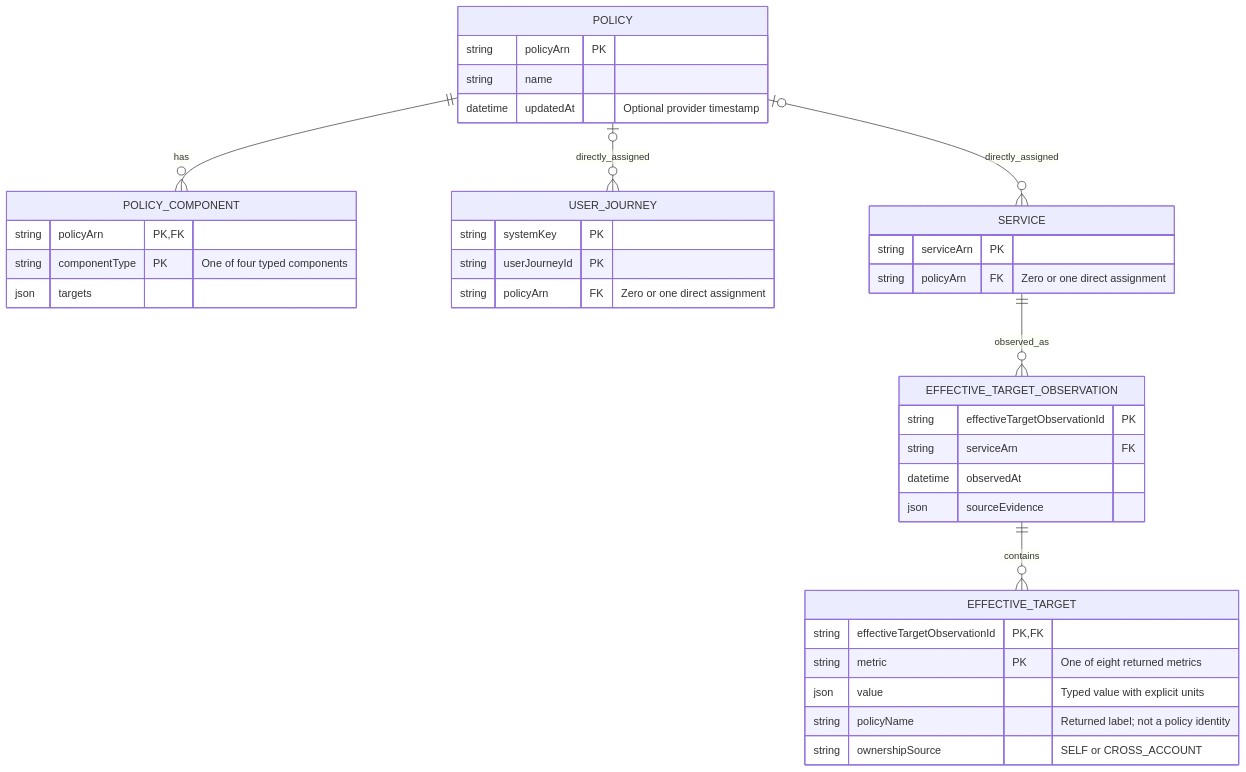
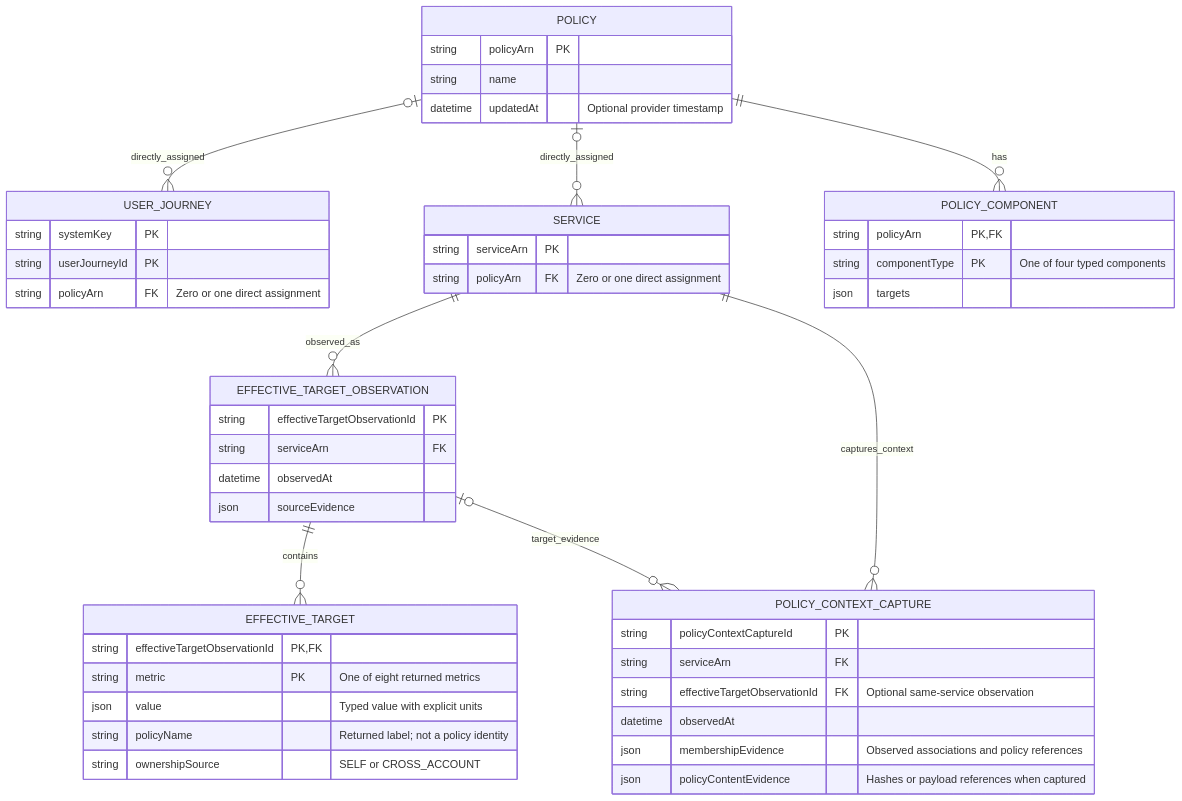
The diagram in aws/resilience-hub/analysis/diagrams/02-policy-context.md (lyrel-dev/frontier-agents), drawn with Mermaid before and after one commit. The commit also changed other lines of this file and 77 other files, not shown here.

````diff
--- a/aws/resilience-hub/analysis/diagrams/02-policy-context.md
+++ b/aws/resilience-hub/analysis/diagrams/02-policy-context.md
@@ -30,45 +31,55 @@
 ```mermaid
 %% Reviewed 2026-11-05. Official sources: report S08, S10-S13.
 %% A service can also inherit journey policies through the memberships in Figure 1.
 %% ownershipSource is SELF or CROSS_ACCOUNT; it does not encode inheritance.
 %% No provider-evaluated policy revision is asserted by these observations.
 erDiagram
     direction TB
     POLICY {
         string policyArn PK
         string name
         datetime updatedAt "Optional provider timestamp"
     }
     POLICY_COMPONENT {
         string policyArn PK, FK
         string componentType PK "One of four typed components"
         json targets
     }
     USER_JOURNEY {
         string systemKey PK
         string userJourneyId PK
         string policyArn FK "Zero or one direct assignment"
     }
     SERVICE {
         string serviceArn PK
         string policyArn FK "Zero or one direct assignment"
     }
     EFFECTIVE_TARGET_OBSERVATION {
         string effectiveTargetObservationId PK
         string serviceArn FK
         datetime observedAt
         json sourceEvidence
     }
     EFFECTIVE_TARGET {
         string effectiveTargetObservationId PK, FK
         string metric PK "One of eight returned metrics"
         json value "Typed value with explicit units"
         string policyName "Returned label; not a policy identity"
         string ownershipSource "SELF or CROSS_ACCOUNT"
     }
+    POLICY_CONTEXT_CAPTURE {
+        string policyContextCaptureId PK
+        string serviceArn FK
+        string effectiveTargetObservationId FK "Optional same-service observation"
+        datetime observedAt
+        json membershipEvidence "Observed associations and policy references"
+        json policyContentEvidence "Hashes or payload references when captured"
+    }
     POLICY o|--o{ USER_JOURNEY : directly_assigned
     POLICY o|--o{ SERVICE : directly_assigned
     POLICY ||--o{ POLICY_COMPONENT : has
     SERVICE ||--o{ EFFECTIVE_TARGET_OBSERVATION : observed_as
     EFFECTIVE_TARGET_OBSERVATION ||--o{ EFFECTIVE_TARGET : contains
+    SERVICE ||--o{ POLICY_CONTEXT_CAPTURE : captures_context
+    EFFECTIVE_TARGET_OBSERVATION o|--o{ POLICY_CONTEXT_CAPTURE : target_evidence
 ```
````
